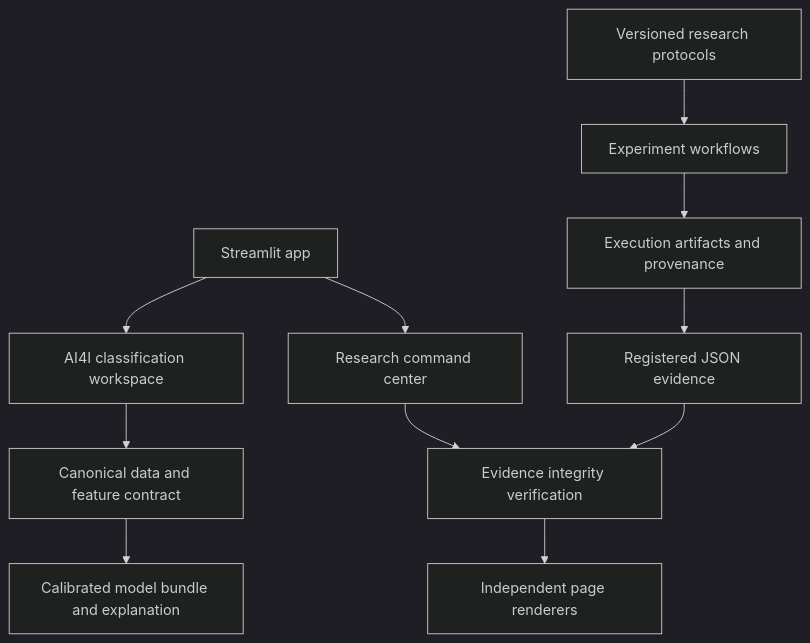
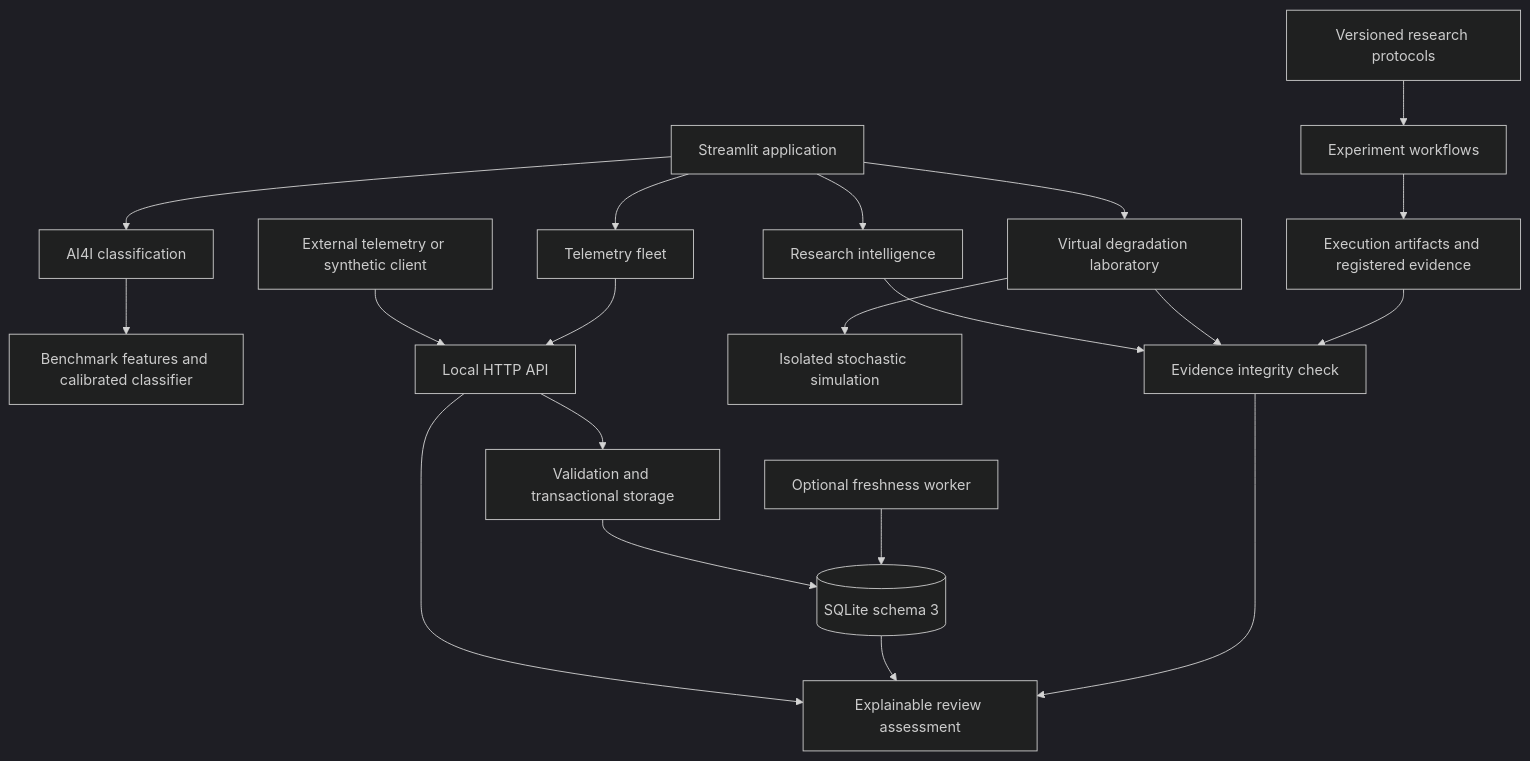
The diagram in docs/architecture.md (sanketnichit/aeris-machine-health-intelligence), drawn with Mermaid (dark theme) before and after one commit. The commit also changed other lines of this file, not shown here.

Commit message:
Consolidate architecture and trust boundaries for current research platform

````diff
--- a/docs/architecture.md
+++ b/docs/architecture.md
@@ -5,13 +5,22 @@
 ```mermaid
 flowchart TD
-  A[Streamlit app] --> B[AI4I classification workspace]
-  A --> C[Research command center]
-  B --> D[Canonical data and feature contract]
-  D --> E[Calibrated model bundle and explanation]
-  C --> F[Evidence integrity verification]
-  F --> G[Independent page renderers]
-  H[Versioned research protocols] --> I[Experiment workflows]
-  I --> J[Execution artifacts and provenance]
-  J --> K[Registered JSON evidence]
-  K --> F
+  A[Streamlit application] --> B[AI4I classification]
+  A --> C[Research intelligence]
+  A --> D[Telemetry fleet]
+  A --> E[Virtual degradation laboratory]
+  B --> F[Benchmark features and calibrated classifier]
+  C --> G[Evidence integrity check]
+  E --> G
+  E --> H[Isolated stochastic simulation]
+  J[External telemetry or synthetic client] --> K[Local HTTP API]
+  D --> K
+  K --> L[Validation and transactional storage]
+  L --> M[(SQLite schema 3)]
+  N[Optional freshness worker] --> M
+  K --> O[Explainable review assessment]
+  M --> O
+  G --> O
+  P[Versioned research protocols] --> Q[Experiment workflows]
+  Q --> R[Execution artifacts and registered evidence]
+  R --> G
 ```
````
